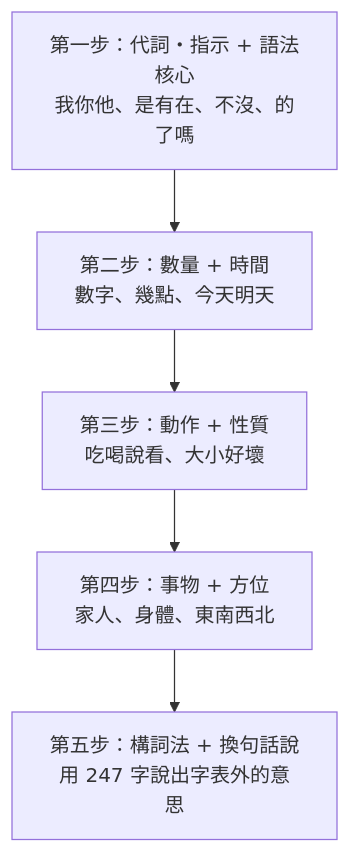
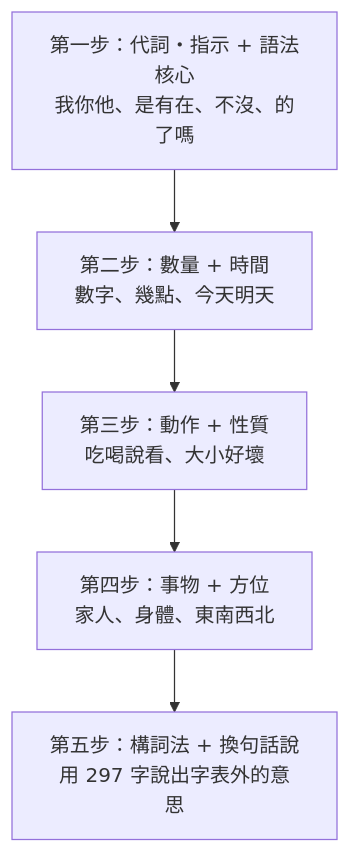
Before and after one commit to ccc-claude-opus/mini-lm: the second of 2 diagrams in mini-lang/mini-lang.md, drawn with Mermaid. The commit also changed other lines of this file and 59 other files, not shown here.

````diff
--- a/mini-lang/mini-lang.md
+++ b/mini-lang/mini-lang.md
@@ -669,7 +723,7 @@
 ```mermaid
 flowchart TB
   A["第一步：代詞・指示 + 語法核心<br/>我你他、是有在、不沒、的了嗎"] --> B["第二步：數量 + 時間<br/>數字、幾點、今天明天"]
   B --> C["第三步：動作 + 性質<br/>吃喝說看、大小好壞"]
   C --> D["第四步：事物 + 方位<br/>家人、身體、東南西北"]
-  D --> E["第五步：構詞法 + 換句話說<br/>用 247 字說出字表外的意思"]
+  D --> E["第五步：構詞法 + 換句話說<br/>用 297 字說出字表外的意思"]
 ```
````
